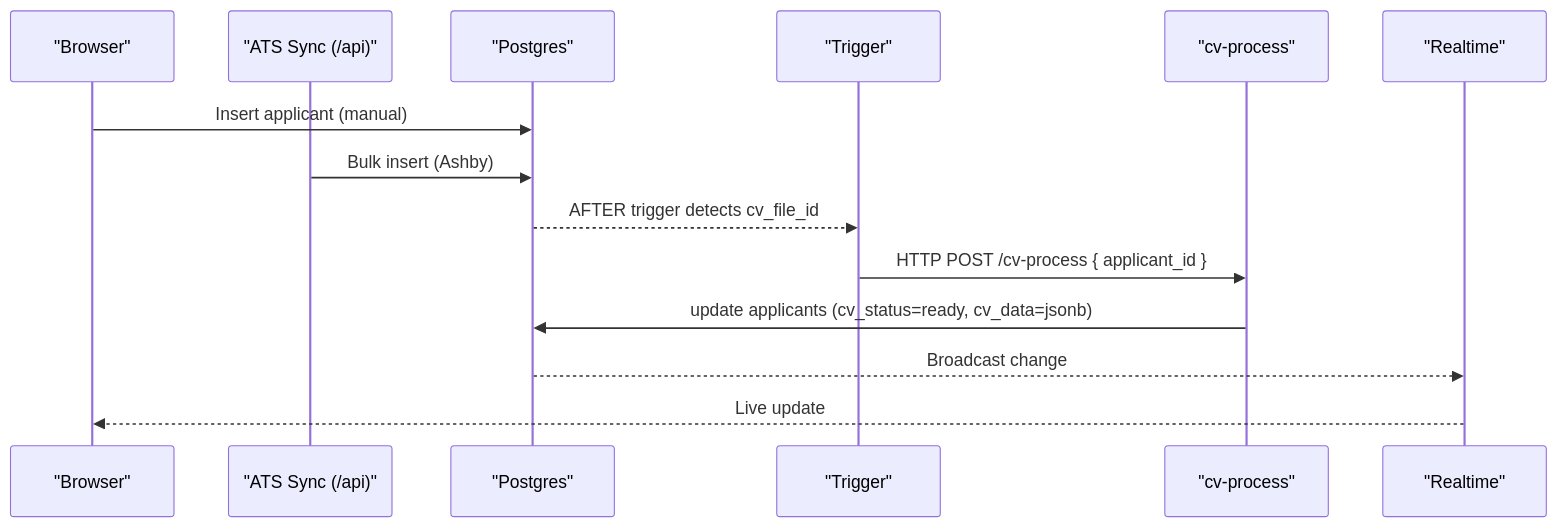
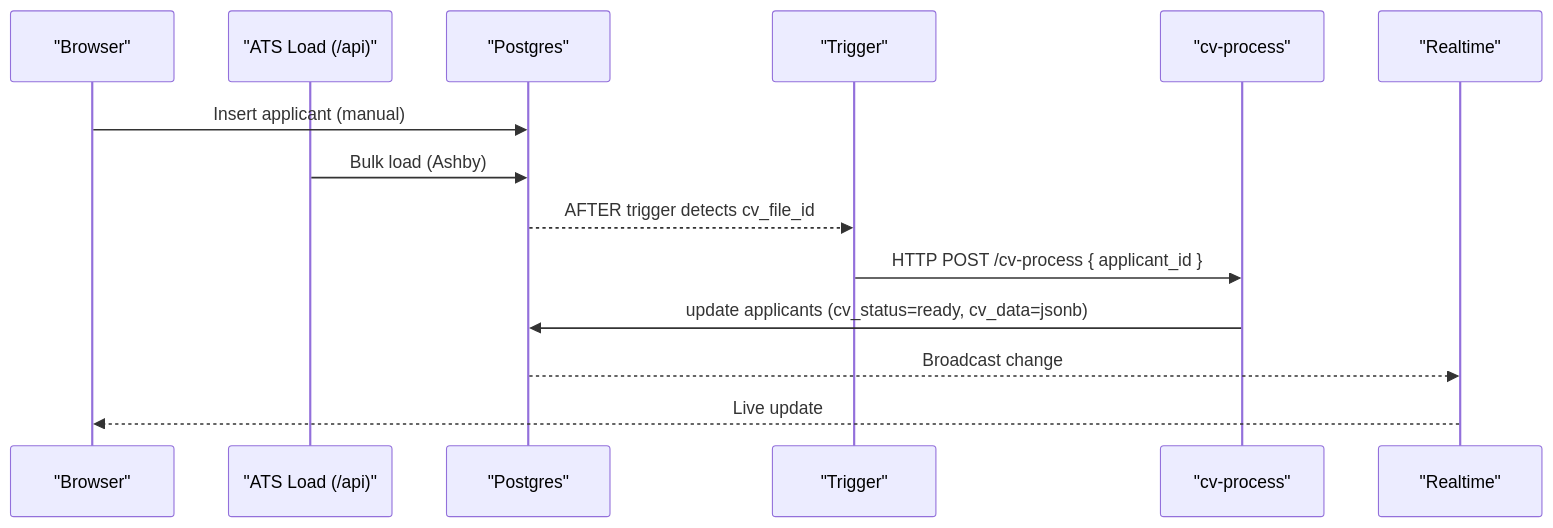
The second of 2 diagrams in docs/architecture.md (mousberg/le-commit), drawn with Mermaid before and after one commit. The commit also changed other lines of this file, not shown here.

Commit message:
update architecture

````diff
--- a/docs/architecture.md
+++ b/docs/architecture.md
@@ -143,17 +143,17 @@
 ```mermaid
 sequenceDiagram
   participant UI   as "Browser"
-  participant ATS  as "ATS Sync (/api)"
+  participant ATS  as "ATS Load (/api)"
   participant DB   as "Postgres"
   participant TRG  as "Trigger"
   participant CV   as "cv-process"
   participant RT   as "Realtime"
 
   UI->>DB: Insert applicant (manual)
-  ATS->>DB: Bulk insert (Ashby)
+  ATS->>DB: Bulk load (Ashby)
   DB-->>TRG: AFTER trigger detects cv_file_id
   TRG->>CV: HTTP POST /cv-process { applicant_id }
   CV->>DB: update applicants (cv_status=ready, cv_data=jsonb)
   DB-->>RT: Broadcast change
   RT-->>UI: Live update
 ```
````
